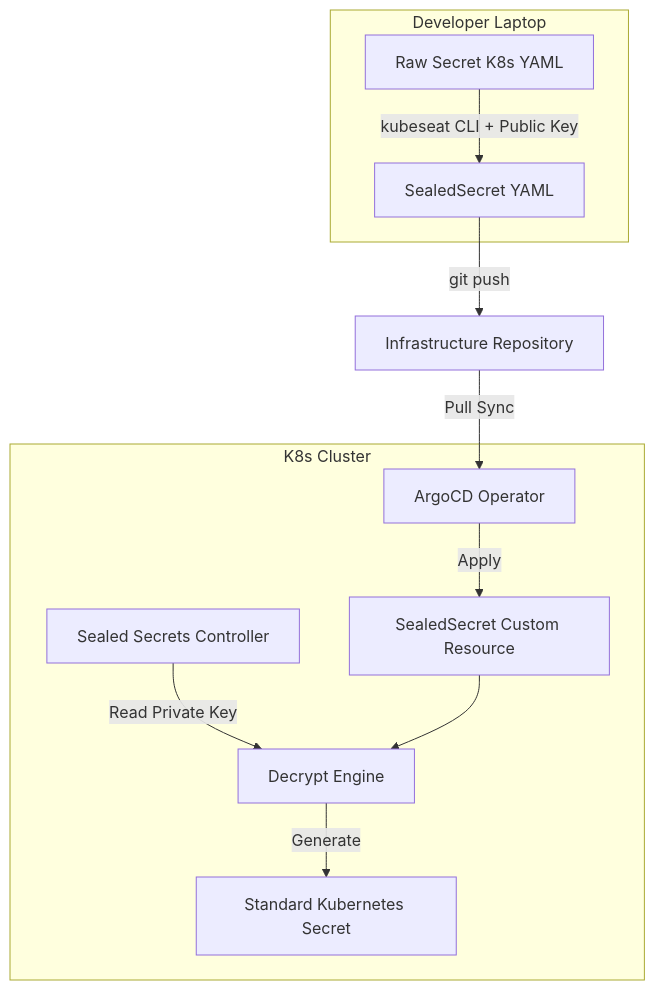
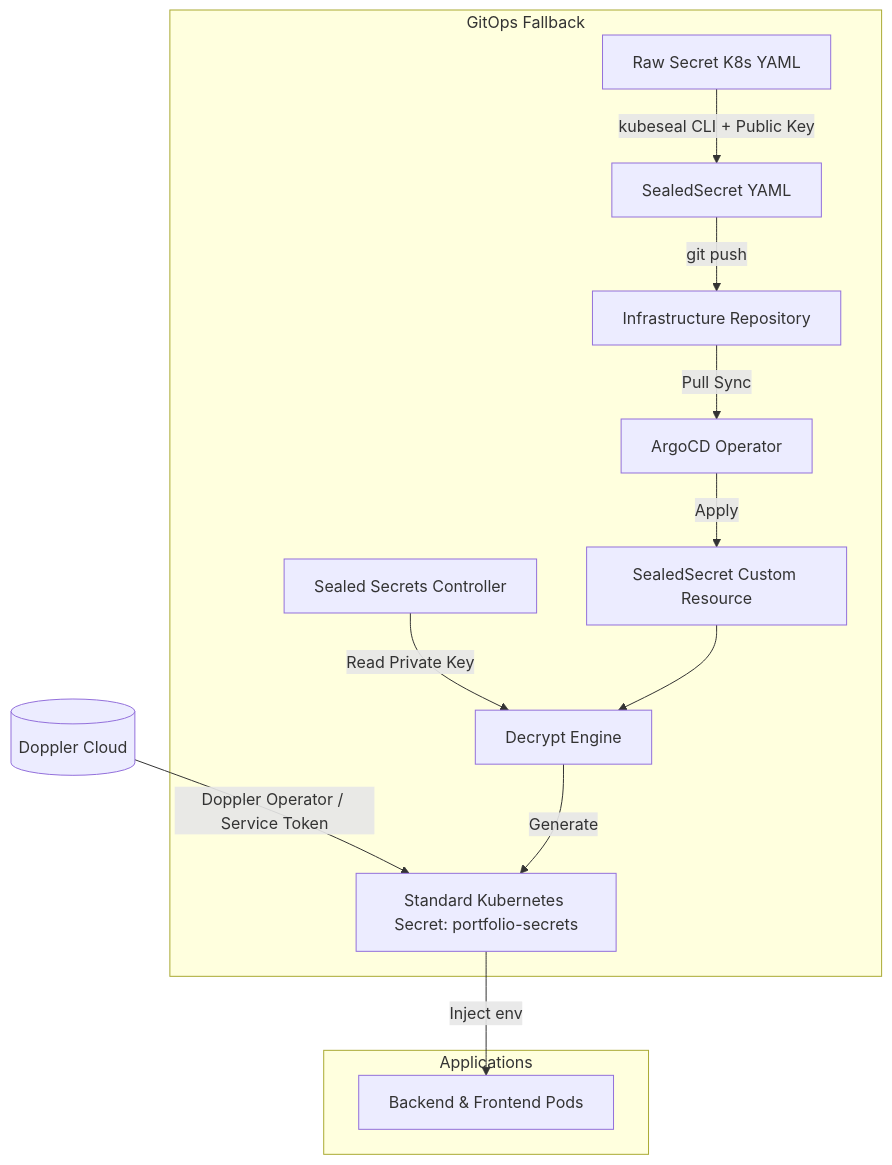
One commit to luudinhmac/myweb-profile-blog changed the diagram in docs/security/secrets-management.md. Above: the diagram before and after it, drawn with Mermaid. The commit also changed other lines of this file, not shown here.

Commit message:
docs(security): rewrite secrets management document with verified operator configuration

````diff
--- a/docs/security/secrets-management.md
+++ b/docs/security/secrets-management.md
@@ -19,16 +30,18 @@
 ```mermaid
 graph TD
-    subgraph Developer Laptop
-        RawSecret[Raw Secret K8s YAML] -->|kubeseat CLI + Public Key| SealedSecretYAML[SealedSecret YAML]
-    end
+    DopplerCloud[(Doppler Cloud)] -->|Doppler Operator / Service Token| K8sSecret[Standard Kubernetes Secret: portfolio-secrets]
     
-    SealedSecretYAML -->|git push| Git[Infrastructure Repository]
-    Git -->|Pull Sync| ArgoCD[ArgoCD Operator]
-    
-    subgraph K8s Cluster
+    subgraph GitOps Fallback
+        RawSecret[Raw Secret K8s YAML] -->|kubeseal CLI + Public Key| SealedSecretYAML[SealedSecret YAML]
+        SealedSecretYAML -->|git push| Git[Infrastructure Repository]
+        Git -->|Pull Sync| ArgoCD[ArgoCD Operator]
         ArgoCD -->|Apply| SealedSecretCustomResource[SealedSecret Custom Resource]
         SealedSecretController[Sealed Secrets Controller] -->|Read Private Key| Decrypt[Decrypt Engine]
         SealedSecretCustomResource --> Decrypt
-        Decrypt -->|Generate| K8sSecret[Standard Kubernetes Secret]
+        Decrypt -->|Generate| K8sSecret
+    end
+    
+    subgraph Applications
+        K8sSecret -->|Inject env| Pods[Backend & Frontend Pods]
     end
 ```
````
